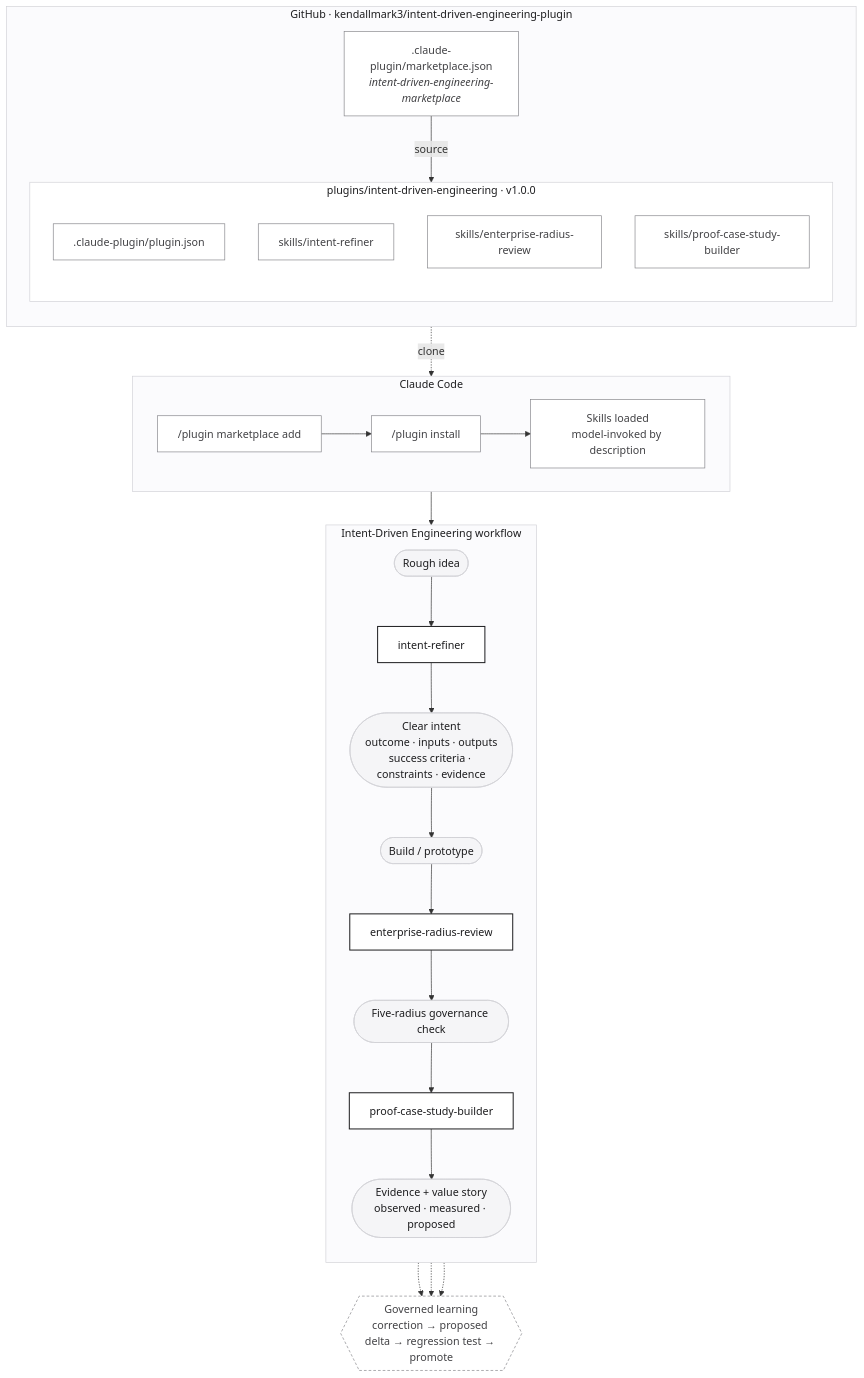
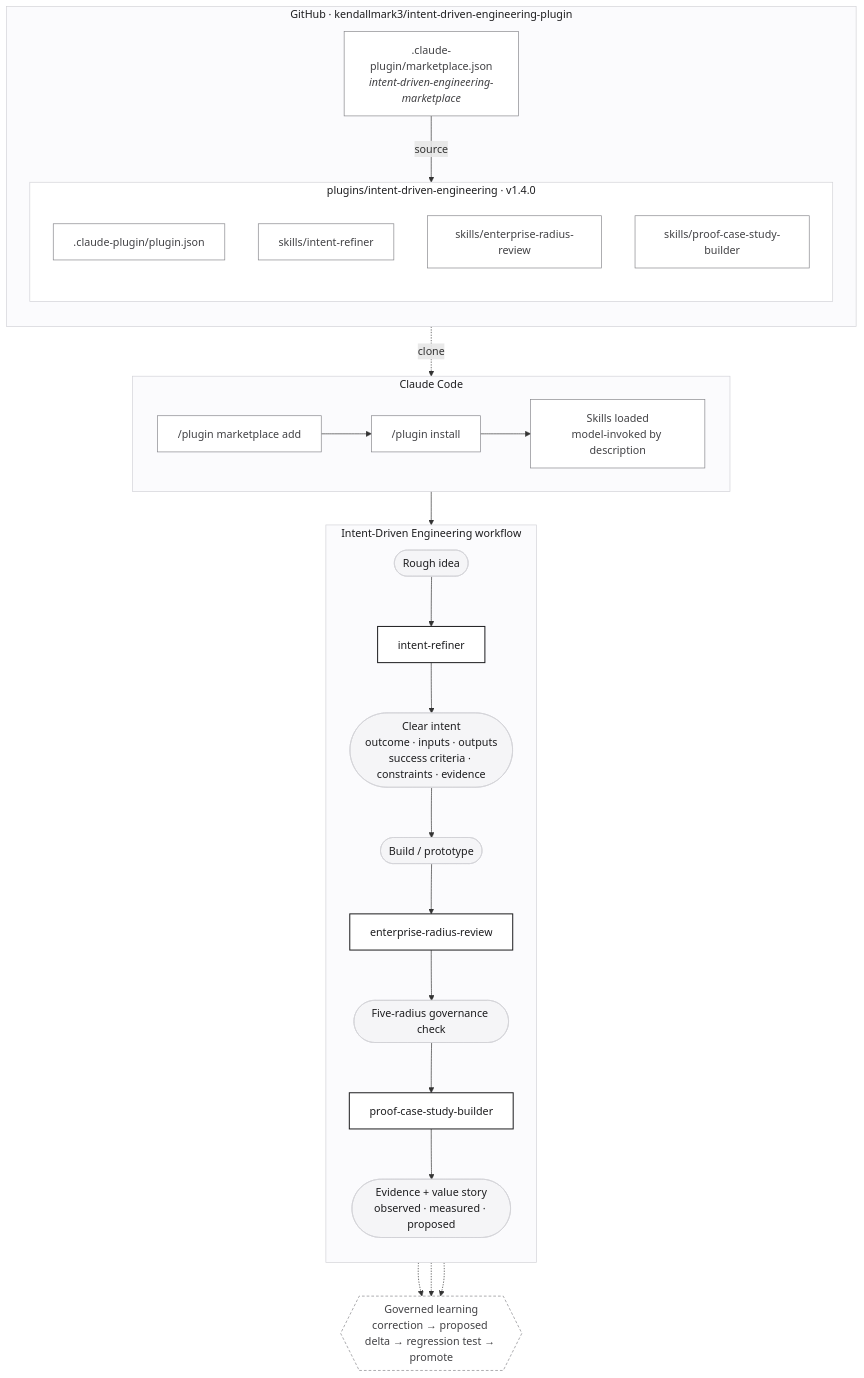
The first of 2 diagrams in README.md (kendallmark3/intent-driven-engineering-plugin), drawn with Mermaid before and after one commit. The commit also changed other lines of this file and 9 other files, not shown here.

````diff
--- a/README.md
+++ b/README.md
@@ -26,55 +26,55 @@
 ```mermaid
 flowchart TB
     subgraph REPO["GitHub · kendallmark3/intent-driven-engineering-plugin"]
         direction TB
         MKT[".claude-plugin/marketplace.json<br/><i>intent-driven-engineering-marketplace</i>"]
-        subgraph PLUGIN["plugins/intent-driven-engineering · v1.0.0"]
+        subgraph PLUGIN["plugins/intent-driven-engineering · v1.4.0"]
             direction TB
             PJ[".claude-plugin/plugin.json"]
             S1["skills/intent-refiner"]
             S2["skills/enterprise-radius-review"]
             S3["skills/proof-case-study-builder"]
         end
         MKT -->|source| PLUGIN
     end
 
     subgraph CC["Claude Code"]
         direction LR
         ADD["/plugin marketplace add"]
         INST["/plugin install"]
         LOAD["Skills loaded<br/>model-invoked by description"]
         ADD --> INST --> LOAD
     end
 
     REPO -.->|clone| ADD
     LOAD --> FLOW
 
     subgraph FLOW["Intent-Driven Engineering workflow"]
         direction TB
         IDEA(["Rough idea"]) --> R1["intent-refiner"]
         R1 --> INTENT(["Clear intent<br/>outcome · inputs · outputs<br/>success criteria · constraints · evidence"])
         INTENT --> BUILD(["Build / prototype"])
         BUILD --> R2["enterprise-radius-review"]
         R2 --> GOV(["Five-radius governance check"])
         GOV --> R3["proof-case-study-builder"]
         R3 --> PROOF(["Evidence + value story<br/>observed · measured · proposed"])
     end
 
     GATE{{"Governed learning<br/>correction → proposed delta → regression test → promote"}}
     R1 -.-> GATE
     R2 -.-> GATE
     R3 -.-> GATE
 
     classDef skill fill:#ffffff,stroke:#1d1d1f,stroke-width:1.5px,color:#1d1d1f
     classDef artifact fill:#f5f5f7,stroke:#d2d2d7,color:#1d1d1f
     classDef file fill:#ffffff,stroke:#86868b,color:#424245
     class R1,R2,R3 skill
     class IDEA,INTENT,BUILD,GOV,PROOF artifact
     class MKT,PJ,S1,S2,S3,ADD,INST,LOAD file
     classDef gate fill:#ffffff,stroke:#86868b,stroke-dasharray:4 3,color:#424245
     class GATE gate
     style REPO fill:#fbfbfd,stroke:#d2d2d7,color:#1d1d1f
     style PLUGIN fill:#ffffff,stroke:#d2d2d7,color:#1d1d1f
     style CC fill:#fbfbfd,stroke:#d2d2d7,color:#1d1d1f
     style FLOW fill:#fbfbfd,stroke:#d2d2d7,color:#1d1d1f
 ```
````
